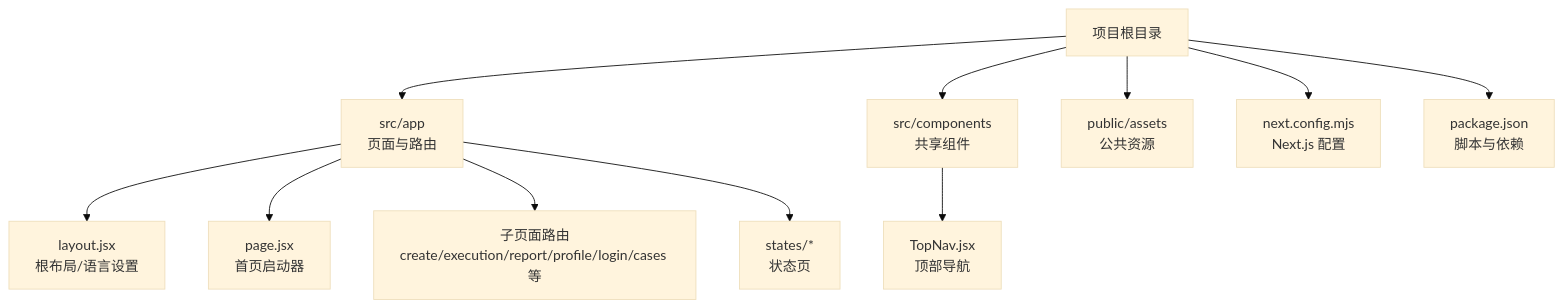
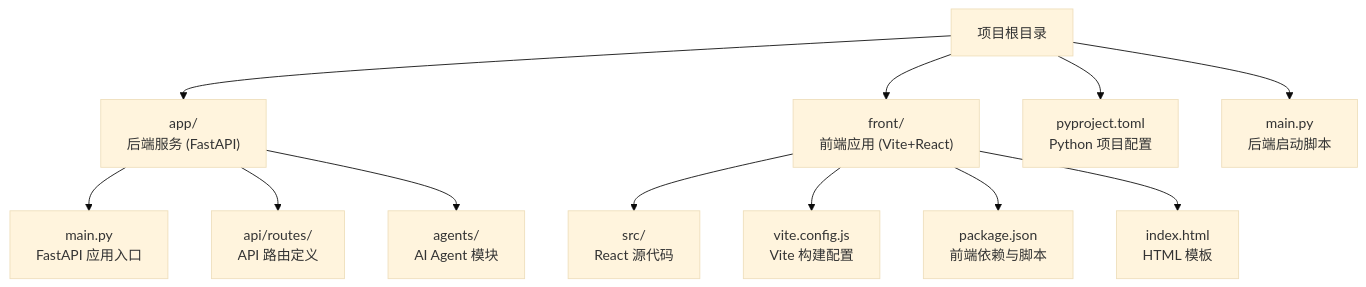
Before and after one commit to marvin9551/InsightMesh: the first of 3 diagrams in .qoder/repowiki/zh/content/部署与运维/部署平台.md, drawn with Mermaid (base theme). The commit also changed other lines of this file and 10 other files, not shown here.

````diff
--- a/.qoder/repowiki/zh/content/部署与运维/部署平台.md
+++ b/.qoder/repowiki/zh/content/部署与运维/部署平台.md
@@ -31,13 +47,14 @@
 ```mermaid
 graph TB
-A["项目根目录"] --> B["src/app<br/>页面与路由"]
-A --> C["src/components<br/>共享组件"]
-A --> D["public/assets<br/>公共资源"]
-A --> E["next.config.mjs<br/>Next.js 配置"]
-A --> F["package.json<br/>脚本与依赖"]
-B --> B1["layout.jsx<br/>根布局/语言设置"]
-B --> B2["page.jsx<br/>首页启动器"]
-B --> B3["子页面路由<br/>create/execution/report/profile/login/cases 等"]
-B --> B4["states/*<br/>状态页"]
-C --> C1["TopNav.jsx<br/>顶部导航"]
+A["项目根目录"] --> B["app/<br/>后端服务 (FastAPI)"]
+A --> C["front/<br/>前端应用 (Vite+React)"]
+A --> D["pyproject.toml<br/>Python 项目配置"]
+A --> E["main.py<br/>后端启动脚本"]
+B --> B1["main.py<br/>FastAPI 应用入口"]
+B --> B2["api/routes/<br/>API 路由定义"]
+B --> B3["agents/<br/>AI Agent 模块"]
+C --> C1["src/<br/>React 源代码"]
+C --> C2["vite.config.js<br/>Vite 构建配置"]
+C --> C3["package.json<br/>前端依赖与脚本"]
+C --> C4["index.html<br/>HTML 模板"]
 ```
````
